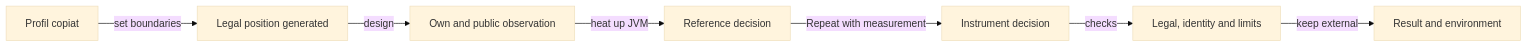
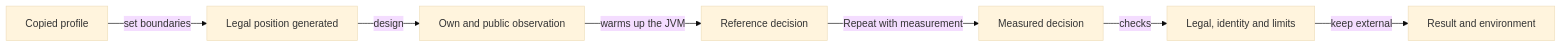
The diagram in docs/ai/ATF_CostQualification.md (crististefanita/atf_j4), drawn with Mermaid (base theme) before and after one commit. The commit also changed other lines of this file and 126 other files, not shown here.

````diff
--- a/docs/ai/ATF_CostQualification.md
+++ b/docs/ai/ATF_CostQualification.md
@@ -18,9 +18,9 @@
 ```mermaid
 flowchart LR
-    PROFILE[Profil copiat] -->|set boundaries| FIXTURE[Legal position generated]
+    PROFILE[Copied profile] -->|set boundaries| FIXTURE[Legal position generated]
     FIXTURE -->|design| PUBLIC[Own and public observation]
-    PUBLIC -->|heat up JVM| WARMUP[Reference decision]
-    WARMUP -->|Repeat with measurement| MEASURE[Instrument decision]
+    PUBLIC -->|warms up the JVM| WARMUP[Reference decision]
+    WARMUP -->|Repeat with measurement| MEASURE[Measured decision]
     MEASURE -->|checks| CHECK[Legal, identity and limits]
     CHECK -->|keep external| RESULT[Result and environment]
 ```
````
